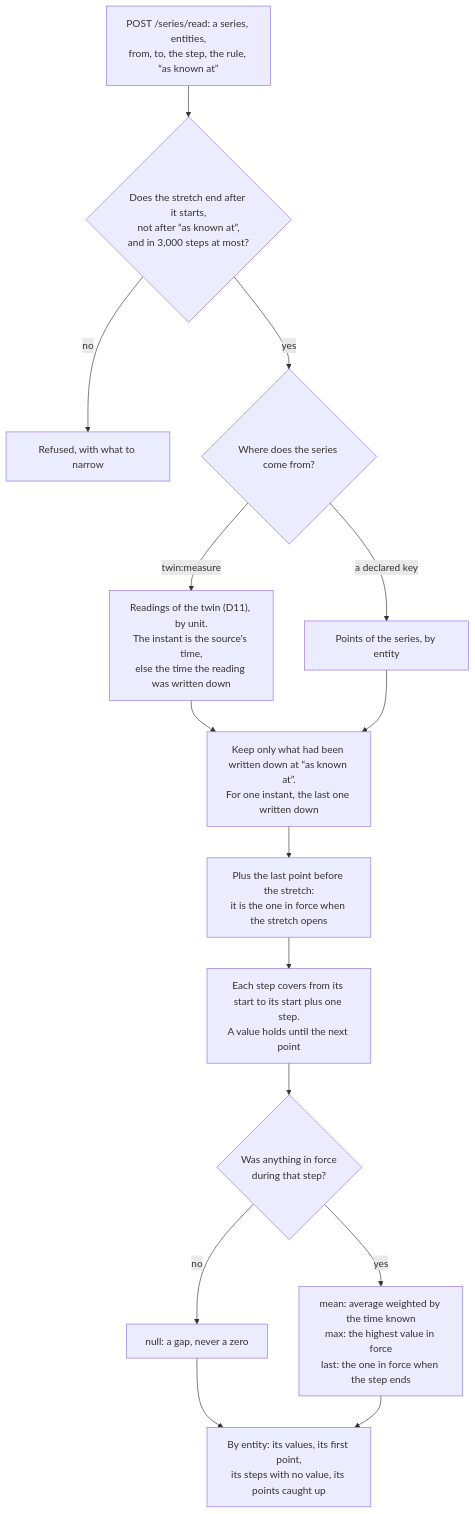
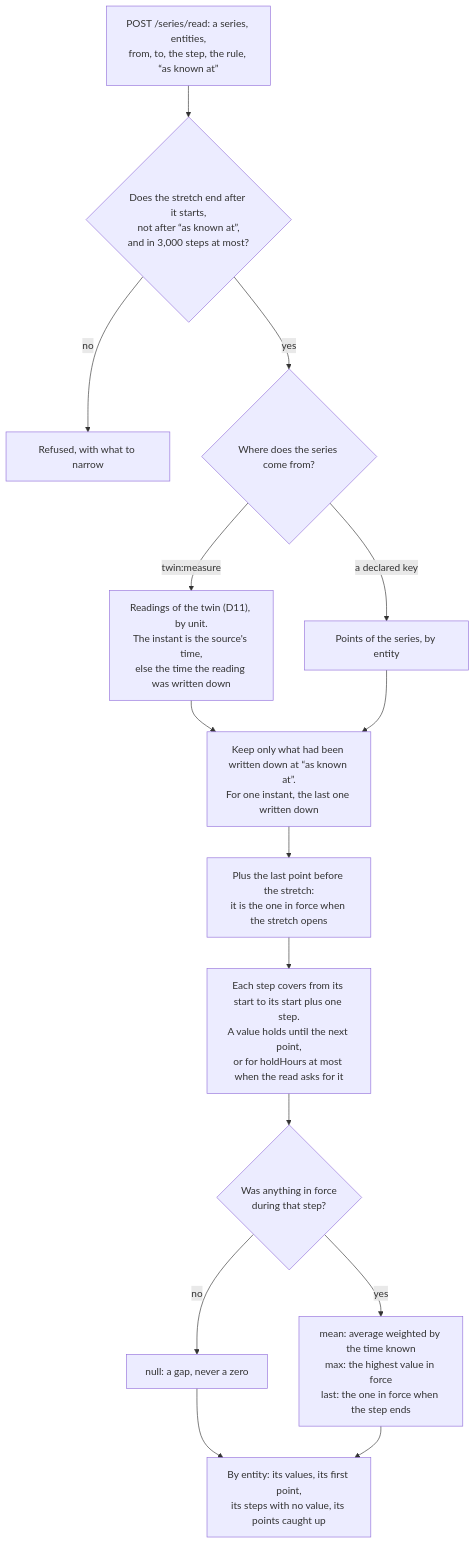
Before and after one commit to V1ktor7/obscyro: diagram 49 of 50 in frontend/content/docs/product/algorithms.md, drawn with Mermaid. The commit also changed other lines of this file and 10 other files, not shown here.

````diff
--- a/frontend/content/docs/product/algorithms.md
+++ b/frontend/content/docs/product/algorithms.md
@@ -1647,17 +1647,17 @@
 ```mermaid
 flowchart TD
     A["POST /series/read: a series, entities,<br/>from, to, the step, the rule, “as known at”"] --> B{"Does the stretch end after it starts,<br/>not after “as known at”,<br/>and in 3,000 steps at most?"}
     B -->|"no"| B1["Refused, with what to narrow"]
     B -->|"yes"| C{"Where does the series come from?"}
     C -->|"twin:measure"| D["Readings of the twin (D11), by unit.<br/>The instant is the source's time,<br/>else the time the reading was written down"]
     C -->|"a declared key"| E["Points of the series, by entity"]
     D --> F["Keep only what had been written down at “as known at”.<br/>For one instant, the last one written down"]
     E --> F
     F --> G["Plus the last point before the stretch:<br/>it is the one in force when the stretch opens"]
-    G --> H["Each step covers from its start to its start plus one step.<br/>A value holds until the next point"]
+    G --> H["Each step covers from its start to its start plus one step.<br/>A value holds until the next point,<br/>or for holdHours at most when the read asks for it"]
     H --> I{"Was anything in force<br/>during that step?"}
     I -->|"no"| J["null: a gap, never a zero"]
     I -->|"yes"| K["mean: average weighted by the time known<br/>max: the highest value in force<br/>last: the one in force when the step ends"]
     J --> L["By entity: its values, its first point,<br/>its steps with no value, its points caught up"]
     K --> L
 ```
````
